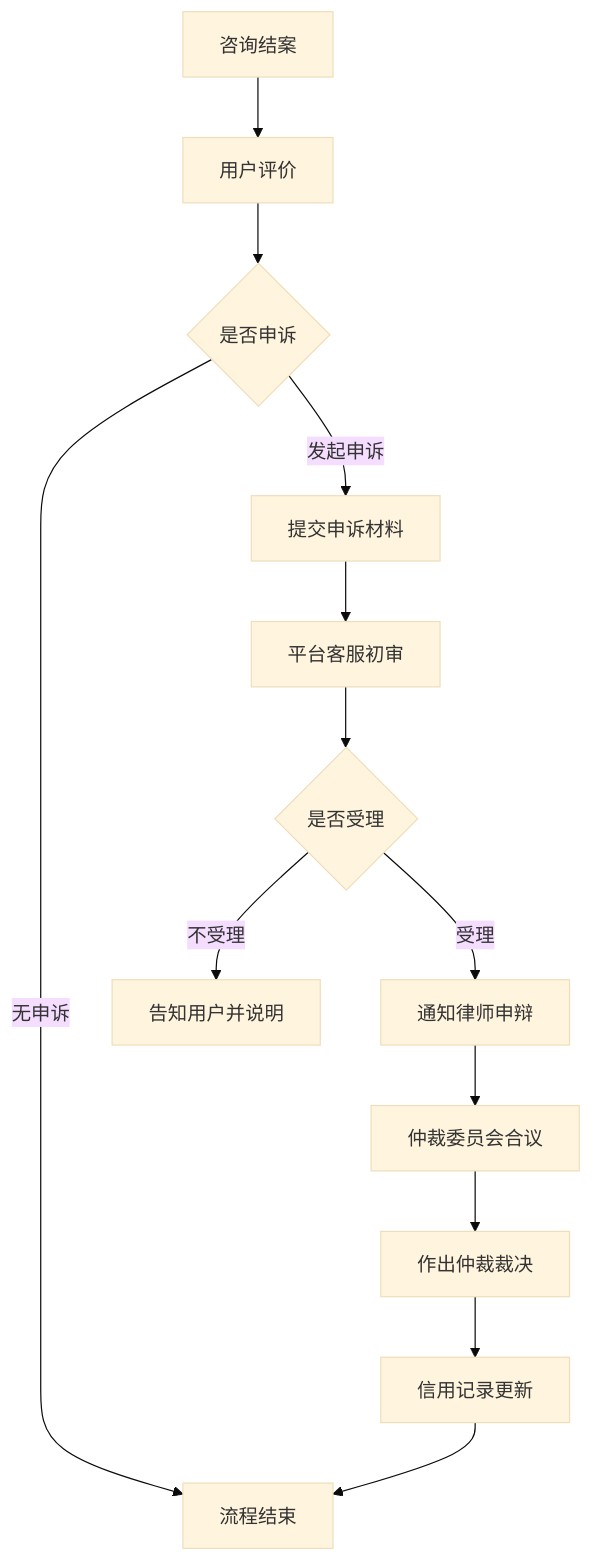
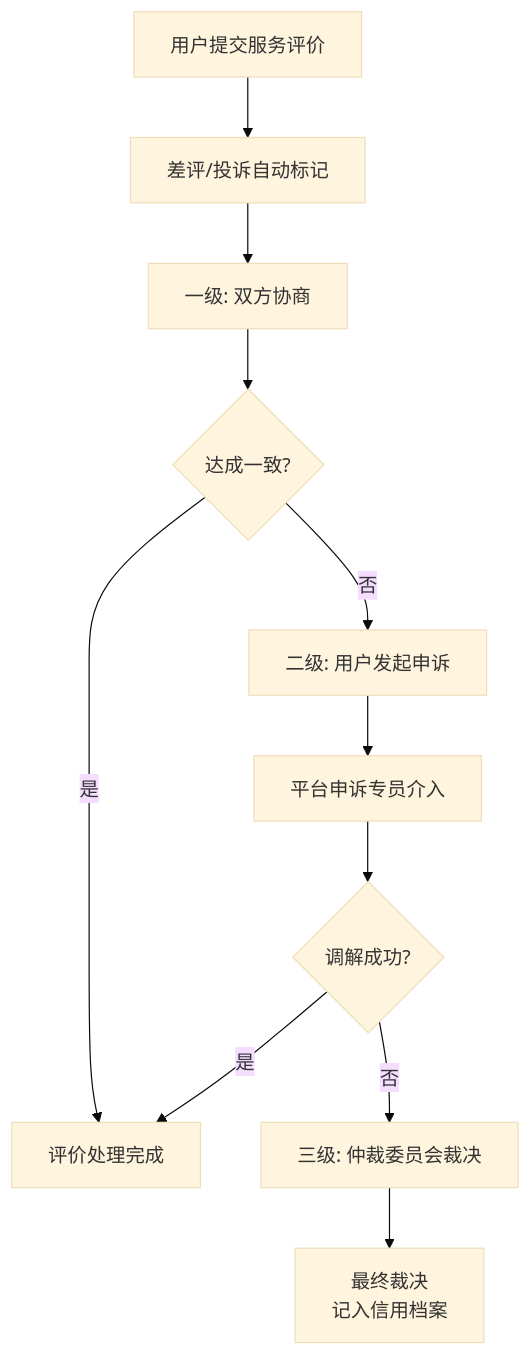
One commit to ccpen199/Trae-solo changed the third of 3 diagrams in .trae/documents/PRD-法律公益咨询协同平台.md. Above: the diagram before and after it, drawn with Mermaid (base theme). The commit also changed other lines of this file and 94 other files, not shown here.

````diff
--- a/.trae/documents/PRD-法律公益咨询协同平台.md
+++ b/.trae/documents/PRD-法律公益咨询协同平台.md
@@ -98,15 +95,13 @@
 ```mermaid
 flowchart TD
-    A["咨询结案"] --> B["用户评价"]
-    B --> C{"是否申诉"}
-    C -->|"无申诉"| D["流程结束"]
-    C -->|"发起申诉"| E["提交申诉材料"]
-    E --> F["平台客服初审"]
-    F --> G{"是否受理"}
-    G -->|"不受理"| H["告知用户并说明"]
-    G -->|"受理"| I["通知律师申辩"]
-    I --> J["仲裁委员会合议"]
-    J --> K["作出仲裁裁决"]
-    K --> L["信用记录更新"]
-    L --> D
+    A["用户提交服务评价"] --> B["差评/投诉自动标记"]
+    B --> C["一级: 双方协商"]
+    C --> D{达成一致?}
+    D -->|是| E["评价处理完成"]
+    D -->|否| F["二级: 用户发起申诉"]
+    F --> G["平台申诉专员介入"]
+    G --> H{调解成功?}
+    H -->|是| E
+    H -->|否| I["三级: 仲裁委员会裁决"]
+    I --> J["最终裁决<br/>记入信用档案"]
 ```
````
